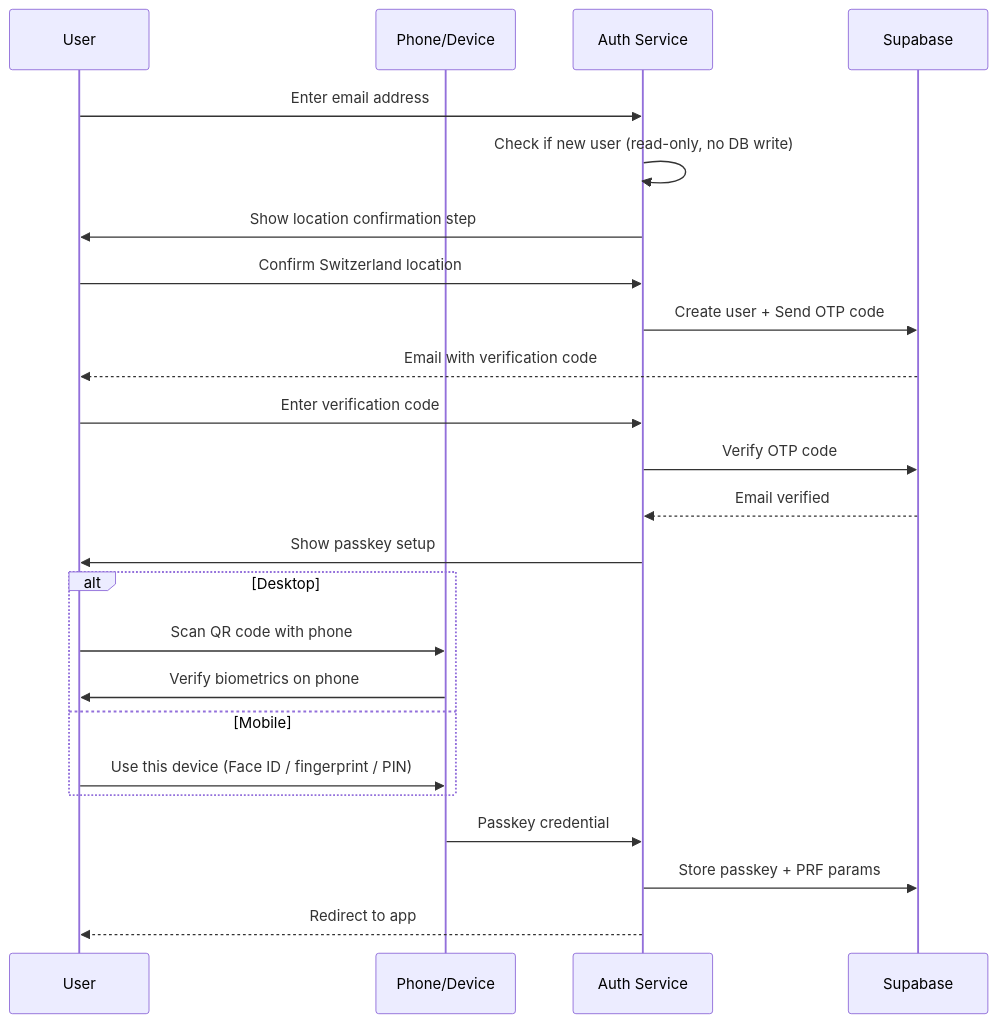
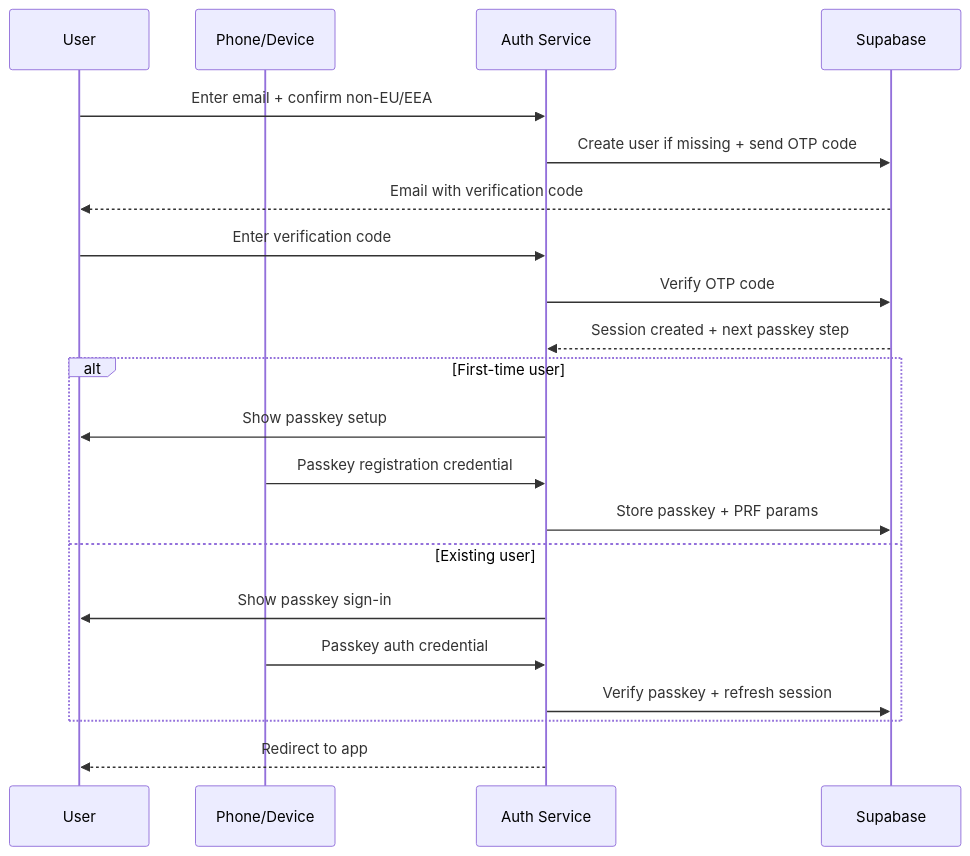
Before and after one commit to CasparRubin/helvety: the diagram in apps/auth/README.md, drawn with Mermaid. The commit also changed other lines of this file and 40 other files, not shown here.

First line of the commit message:
chore(monorepo): harden auth flows and prep v2.21.0 release

````diff
--- a/apps/auth/README.md
+++ b/apps/auth/README.md
@@ -68,27 +68,24 @@
 ```mermaid
 sequenceDiagram
     participant U as User
     participant P as Phone/Device
     participant A as Auth Service
     participant S as Supabase
 
-    U->>A: Enter email address
-    A->>A: Check if new user (read-only, no DB write)
-    A->>U: Show location confirmation step
-    U->>A: Confirm Switzerland location
-    A->>S: Create user + Send OTP code
+    U->>A: Enter email + confirm non-EU/EEA
+    A->>S: Create user if missing + send OTP code
     S-->>U: Email with verification code
     U->>A: Enter verification code
     A->>S: Verify OTP code
-    S-->>A: Email verified
-    A->>U: Show passkey setup
-    alt Desktop
-      U->>P: Scan QR code with phone
-      P->>U: Verify biometrics on phone
-    else Mobile
-      U->>P: Use this device (Face ID / fingerprint / PIN)
+    S-->>A: Session created + next passkey step
+    alt First-time user
+      A->>U: Show passkey setup
+      P->>A: Passkey registration credential
+      A->>S: Store passkey + PRF params
+    else Existing user
+      A->>U: Show passkey sign-in
+      P->>A: Passkey auth credential
+      A->>S: Verify passkey + refresh session
     end
-    P->>A: Passkey credential
-    A->>S: Store passkey + PRF params
     A-->>U: Redirect to app
 ```
````
